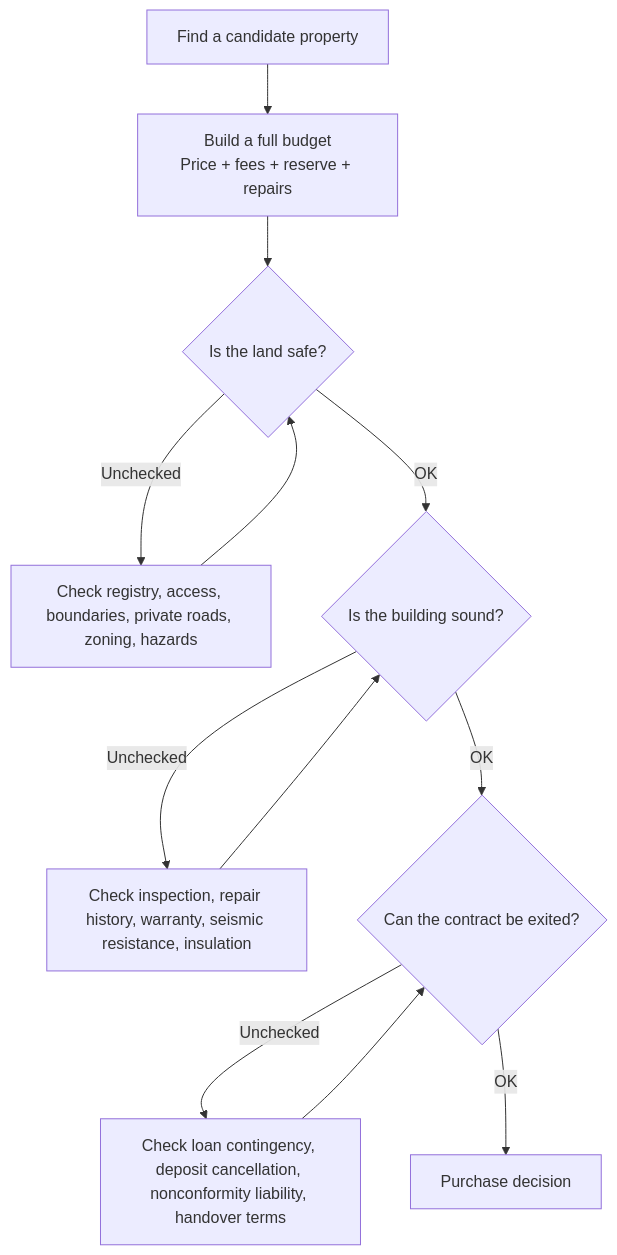
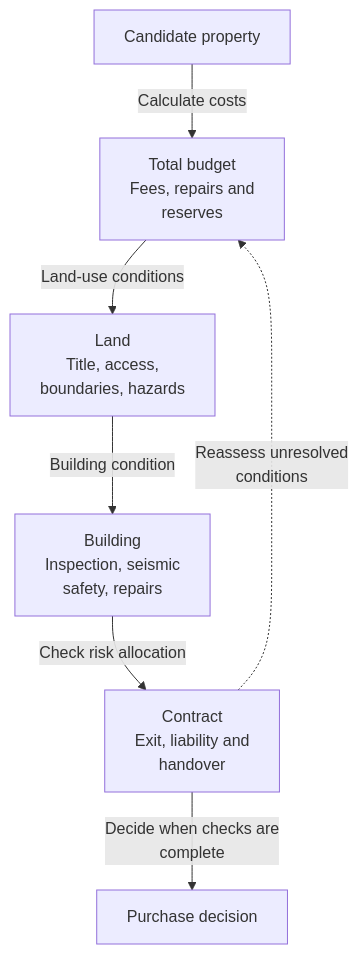
Before and after one commit to daylight55/research: the first of 2 diagrams in articles/report/detached-house-purchase-checklist/en/index.mdx, drawn with Mermaid. The commit also changed other lines of this file and 181 other files, not shown here.

First line of the commit message:
全記事の図解368点を再生成し、共通注意書きを削除 (#402)

````diff
--- a/articles/report/detached-house-purchase-checklist/en/index.mdx
+++ b/articles/report/detached-house-purchase-checklist/en/index.mdx
@@ -33,14 +33,17 @@
 ```mermaid
 flowchart TD
-  A["Find a candidate property"] --> B["Build a full budget<br/>Price + fees + reserve + repairs"]
-  B --> C{"Is the land safe?"}
-  C -->|Unchecked| C1["Check registry, access, boundaries, private roads, zoning, hazards"]
-  C -->|OK| D{"Is the building sound?"}
-  D -->|Unchecked| D1["Check inspection, repair history, warranty, seismic resistance, insulation"]
-  D -->|OK| E{"Can the contract be exited?"}
-  E -->|Unchecked| E1["Check loan contingency, deposit cancellation, nonconformity liability, handover terms"]
-  E -->|OK| F["Purchase decision"]
-  C1 --> C
-  D1 --> D
-  E1 --> E
+  accTitle: Four conditions to check before a house purchase contract
+  accDescr: Check total cost, land rights and restrictions, building condition, and contractual exit and liability terms before deciding.
+  N0["Candidate property"]
+  N1["Total budget<br/>Fees, repairs and<br/>reserves"]
+  N2["Land<br/>Title, access,<br/>boundaries, hazards"]
+  N3["Building<br/>Inspection, seismic<br/>safety, repairs"]
+  N4["Contract<br/>Exit, liability and<br/>handover"]
+  N5["Purchase decision"]
+  N0 -->|Calculate costs| N1
+  N1 -->|Land-use conditions| N2
+  N2 -->|Building condition| N3
+  N3 -->|Check risk allocation| N4
+  N4 -->|Decide when checks are<br/>complete| N5
+  N4 -.->|Reassess unresolved<br/>conditions| N1
 ```
````
